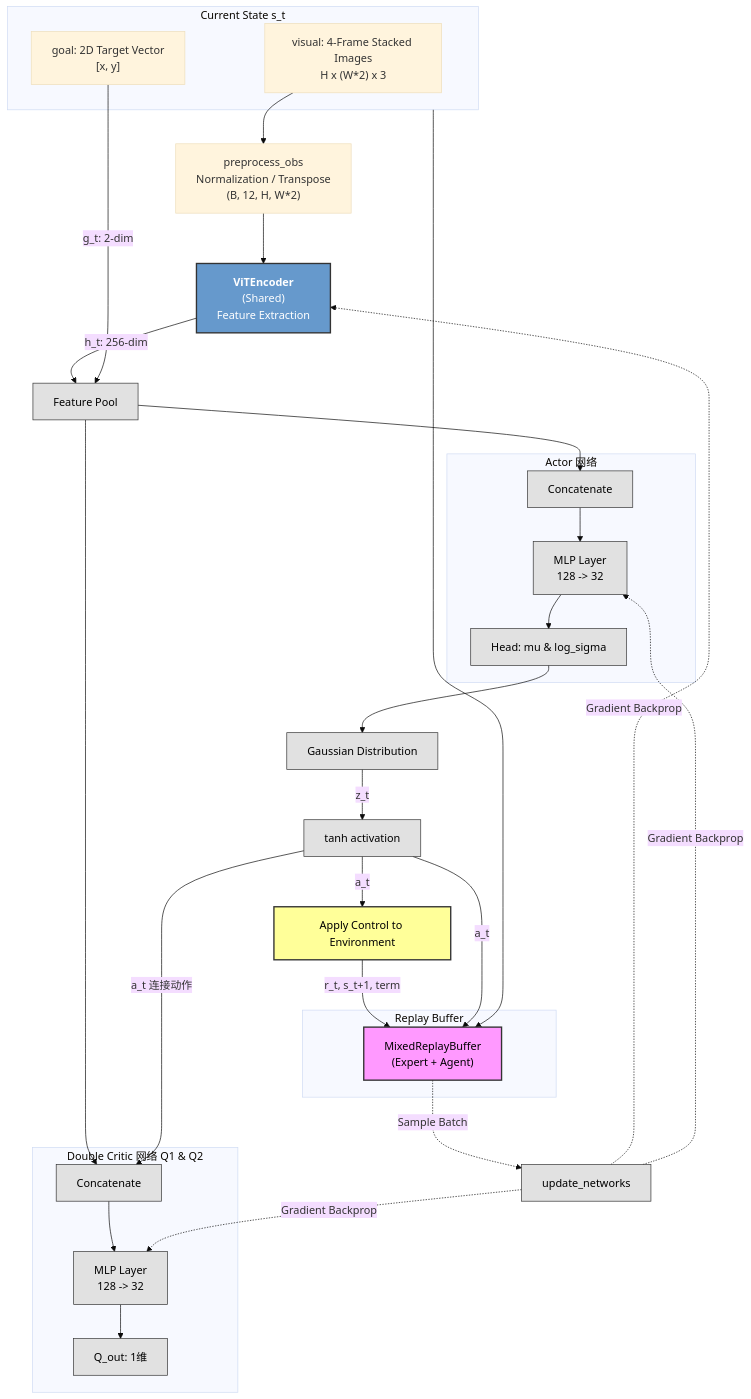
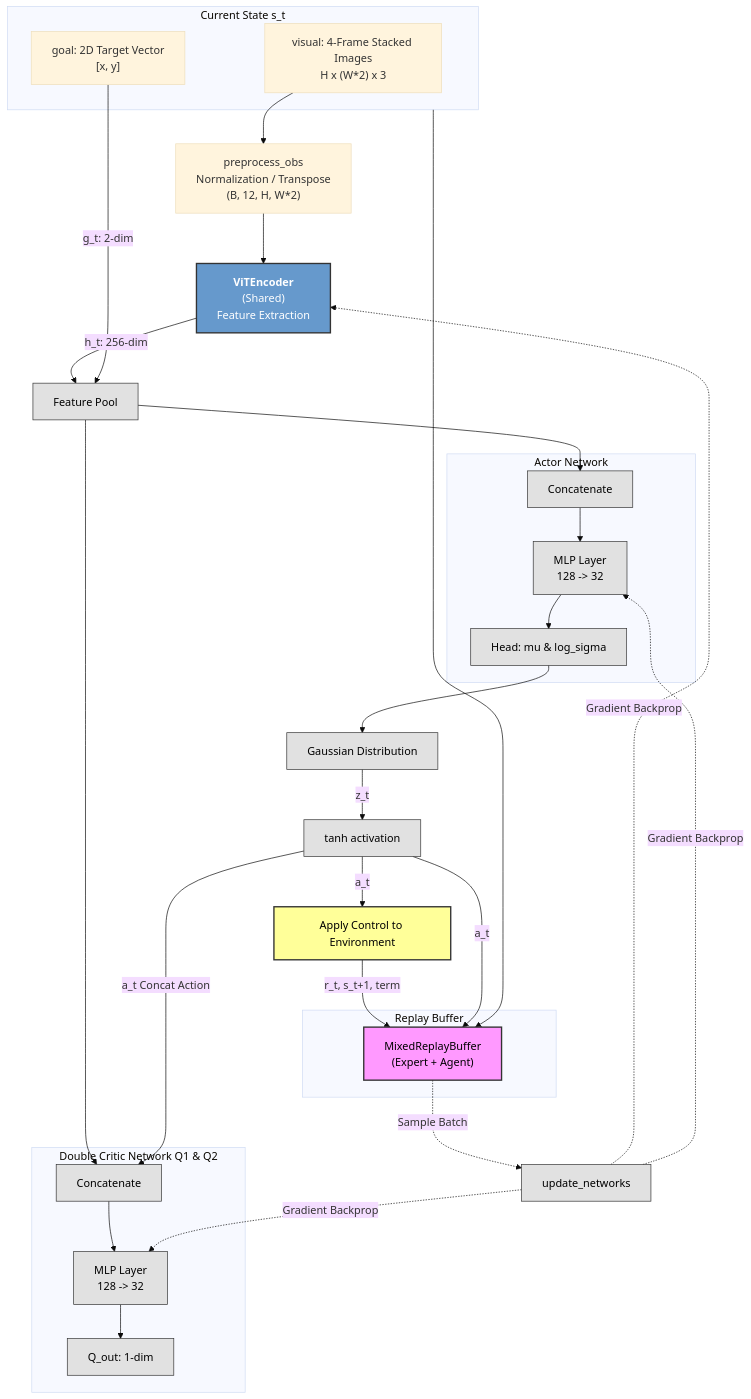
Before and after one commit to jxxxuan/FYP: the fourth of 4 diagrams in FYP_Project/mermaid/mermaid.md, drawn with Mermaid (base theme). The commit also changed other lines of this file and 19 other files, not shown here.

````diff
--- a/FYP_Project/mermaid/mermaid.md
+++ b/FYP_Project/mermaid/mermaid.md
@@ -163,70 +163,70 @@
 ```mermaid
 graph TD
-    %% 定义样式
+    %% Style Definitions
     classDef storage fill:#f9f,stroke:#333,stroke-width:2px,color:black;
     classDef network fill:#69c,stroke:#333,stroke-width:2px,color:white;
     classDef env fill:#ff9,stroke:#333,stroke-width:2px,color:black;
     classDef proc fill:#e1e1e1,stroke:#333,stroke-width:1px,color:black;
 
-    %% 输入数据
+    %% Input Data
     subgraph Input_State [Current State s_t]
         IMG["visual: 4-Frame Stacked Images<br/>H x (W*2) x 3"]
         GOAL["goal: 2D Target Vector<br/>[x, y]"]
     end
 
-    %% 预处理
+    %% Preprocessing
     PRE["preprocess_obs<br/>Normalization / Transpose<br/>(B, 12, H, W*2)"]
     
     IMG --> PRE
     
-    %% 共享编码器
+    %% Shared Encoder
     SHARED_VIT["<b>ViTEncoder</b><br/>(Shared)<br/>Feature Extraction"]:::network
     
     PRE --> SHARED_VIT
     SHARED_VIT -->|h_t: 256-dim| FEAT_POOL[Feature Pool]:::proc
     GOAL -->|g_t: 2-dim| FEAT_POOL
 
-    %% Actor 网络
-    subgraph Actor_Net [Actor 网络]
+    %% Actor Network
+    subgraph Actor_Net [Actor Network]
         A_CAT[Concatenate]:::proc
         A_MLP["MLP Layer<br/>128 -> 32"]:::proc
         A_HEADS["Head: mu & log_sigma"]:::proc
         
         A_CAT --> A_MLP --> A_HEADS
     end
     
     FEAT_POOL --> A_CAT
 
-    %% 采样与动作
+    %% Sampling & Action
     GAUSSIAN[Gaussian Distribution]:::proc
     TANH[tanh activation]:::proc
     
     A_HEADS --> GAUSSIAN -->|z_t| TANH -->|a_t| ENV_STEP["Apply Control to Environment"]:::env
 
-    %% Critic 网络
-    subgraph Double_Critic_Net [Double Critic 网络 Q1 & Q2]
+    %% Critic Network
+    subgraph Double_Critic_Net [Double Critic Network Q1 & Q2]
         C_CAT[Concatenate]:::proc
         C_MLP["MLP Layer<br/>128 -> 32"]:::proc
-        C_OUT["Q_out: 1维"]:::proc
+        C_OUT["Q_out: 1-dim"]:::proc
         
         C_CAT --> C_MLP --> C_OUT
     end
     
     FEAT_POOL --> C_CAT
-    TANH -->|a_t 连接动作| C_CAT
+    TANH -->|a_t Concat Action| C_CAT
 
-    %% 经验回放
+    %% Experience Replay
     subgraph Replay_System [Replay Buffer]
         RB["MixedReplayBuffer<br/>(Expert + Agent)"]:::storage
     end
     
     ENV_STEP -->|r_t, s_t+1, term| RB
     TANH -->|a_t| RB
     Input_State --> RB
     
-    %% 更新连接
+    %% Update Connections
     RB -.->|Sample Batch| UPDATE[update_networks]:::proc
     UPDATE -.->|Gradient Backprop| SHARED_VIT
     UPDATE -.->|Gradient Backprop| A_MLP
     UPDATE -.->|Gradient Backprop| C_MLP
 ```
````
